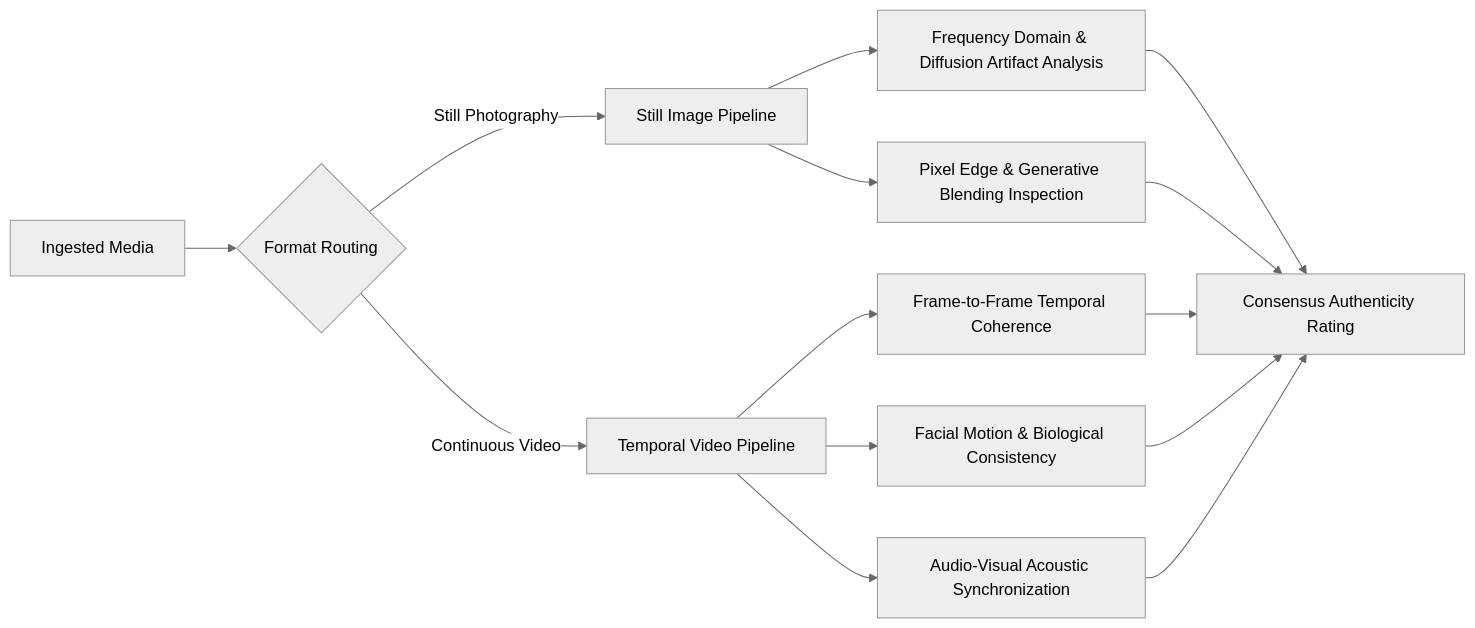
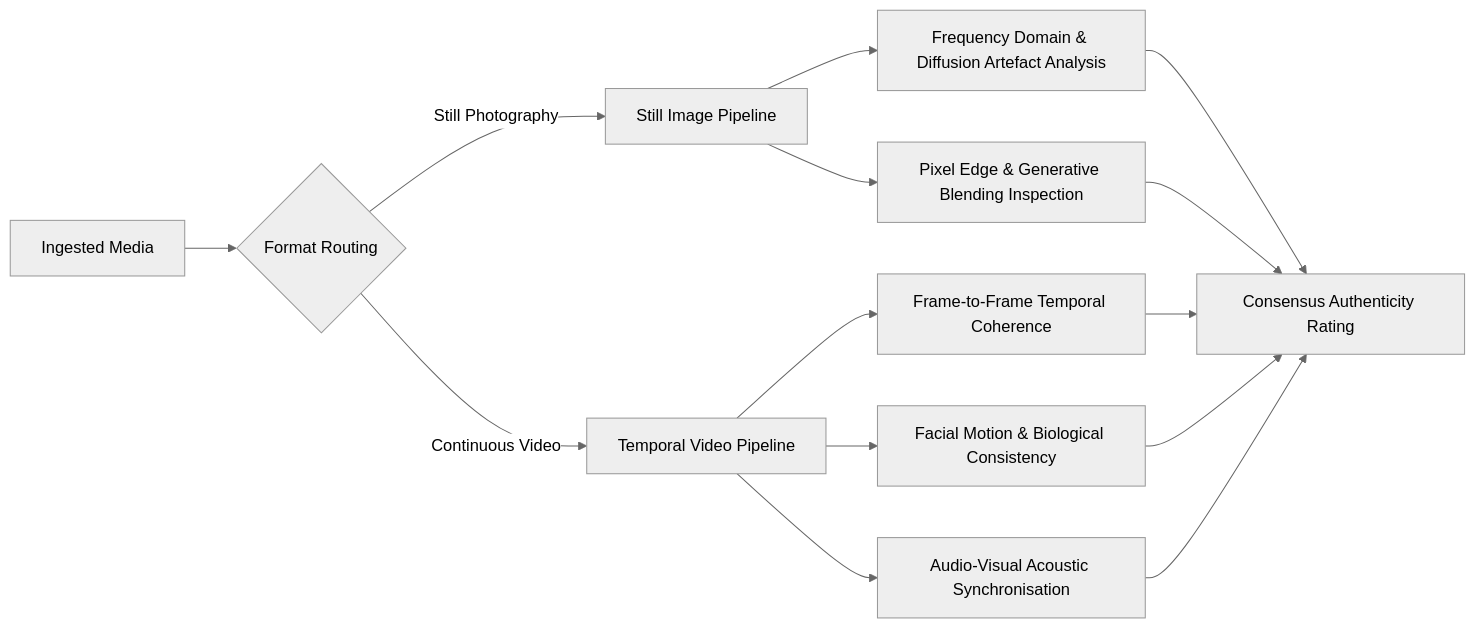
Before and after one commit to NewsCompass/docs: the second of 2 diagrams in concepts/silicon-trust.mdx, drawn with Mermaid (neutral theme). The commit also changed other lines of this file and 11 other files, not shown here.

````diff
--- a/concepts/silicon-trust.mdx
+++ b/concepts/silicon-trust.mdx
@@ -30,19 +30,19 @@
 ```mermaid
 graph LR
     Media[Ingested Media] --> Type{Format Routing}
     Type -->|Still Photography| Img[Still Image Pipeline]
     Type -->|Continuous Video| Vid[Temporal Video Pipeline]
     
-    Img --> Freq[Frequency Domain & Diffusion Artifact Analysis]
+    Img --> Freq[Frequency Domain & Diffusion Artefact Analysis]
     Img --> Blend[Pixel Edge & Generative Blending Inspection]
     
     Vid --> Temp[Frame-to-Frame Temporal Coherence]
     Vid --> Face[Facial Motion & Biological Consistency]
-    Vid --> Audio[Audio-Visual Acoustic Synchronization]
+    Vid --> Audio[Audio-Visual Acoustic Synchronisation]
     
     Freq --> Score[Consensus Authenticity Rating]
     Blend --> Score
     Temp --> Score
     Face --> Score
     Audio --> Score
 ```
````
